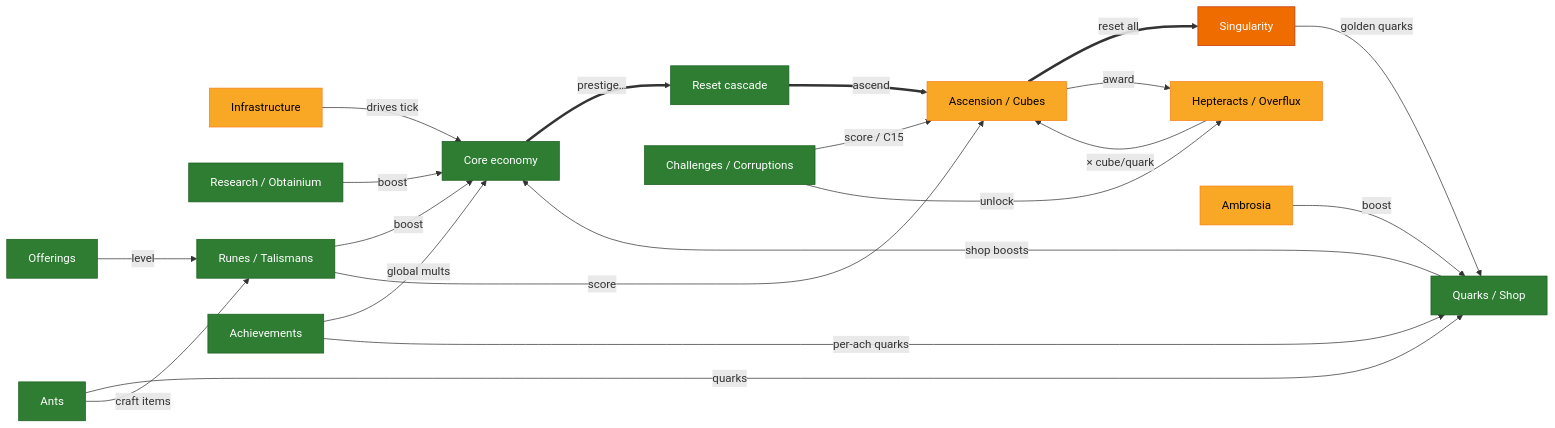
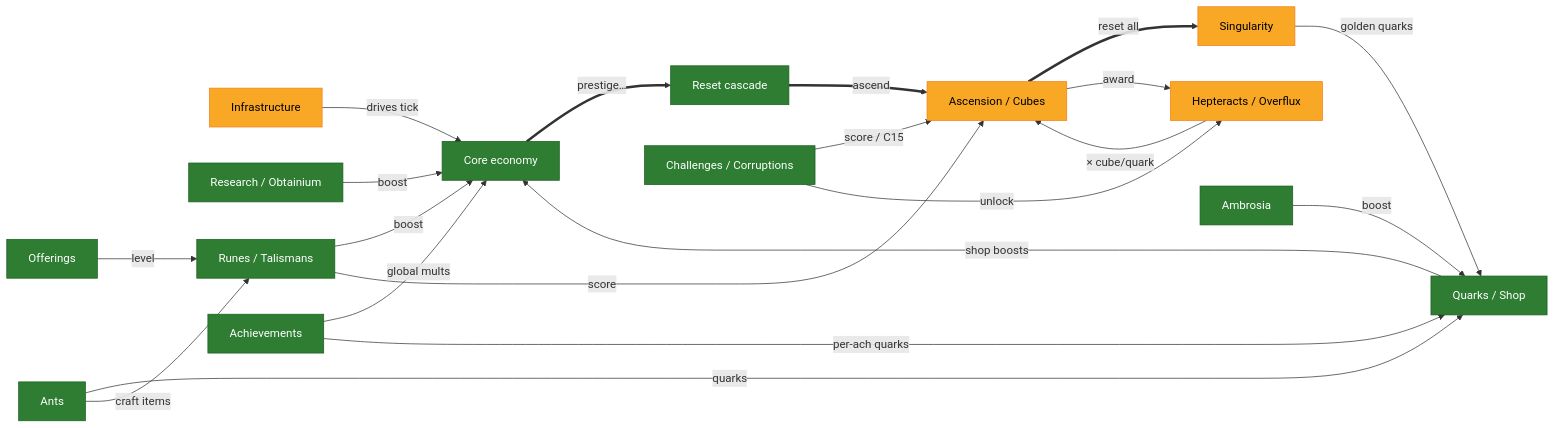
The diagram in docs/systems/README.md (MaddisonM79/synergism_forkd), drawn with Mermaid before and after one commit. The commit also changed other lines of this file and 4 other files, not shown here.

````diff
--- a/docs/systems/README.md
+++ b/docs/systems/README.md
@@ -46,42 +46,42 @@
 ```mermaid
 flowchart LR
   classDef ported fill:#2e7d32,color:#fff,stroke:#1b5e20;
   classDef partial fill:#f9a825,color:#000,stroke:#f57f17;
   classDef stub fill:#ef6c00,color:#fff,stroke:#bf360c;
   classDef bug fill:#f9a825,color:#000,stroke:#d50000,stroke-width:3px;
 
   infra["Infrastructure"]:::partial
   coreEcon["Core economy"]:::ported
   resets["Reset cascade"]:::ported
   research["Research / Obtainium"]:::ported
   offerings["Offerings"]:::ported
   runes["Runes / Talismans"]:::ported
   ants["Ants"]:::ported
   challenges["Challenges / Corruptions"]:::ported
   ascension["Ascension / Cubes"]:::partial
   hepteracts["Hepteracts / Overflux"]:::partial
-  singularity["Singularity"]:::stub
-  ambrosia["Ambrosia"]:::partial
+  singularity["Singularity"]:::partial
+  ambrosia["Ambrosia"]:::ported
   meta["Quarks / Shop"]:::ported
   achievements["Achievements"]:::ported
 
   coreEcon ==>|"prestige…"| resets
   resets ==>|"ascend"| ascension
   ascension ==>|"reset all"| singularity
   infra -->|"drives tick"| coreEcon
   research -->|"boost"| coreEcon
   offerings -->|"level"| runes
   runes -->|"boost"| coreEcon
   runes -->|"score"| ascension
   ants -->|"quarks"| meta
   ants -->|"craft items"| runes
   challenges -->|"score / C15"| ascension
   challenges -->|"unlock"| hepteracts
   ascension -->|"award"| hepteracts
   hepteracts -->|"× cube/quark"| ascension
   singularity -->|"golden quarks"| meta
   ambrosia -->|"boost"| meta
   meta -->|"shop boosts"| coreEcon
   achievements -->|"global mults"| coreEcon
   achievements -->|"per-ach quarks"| meta
 ```
````
